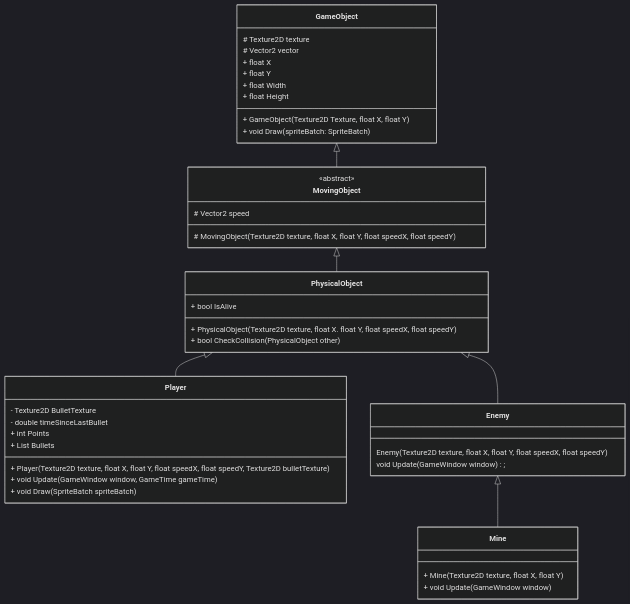
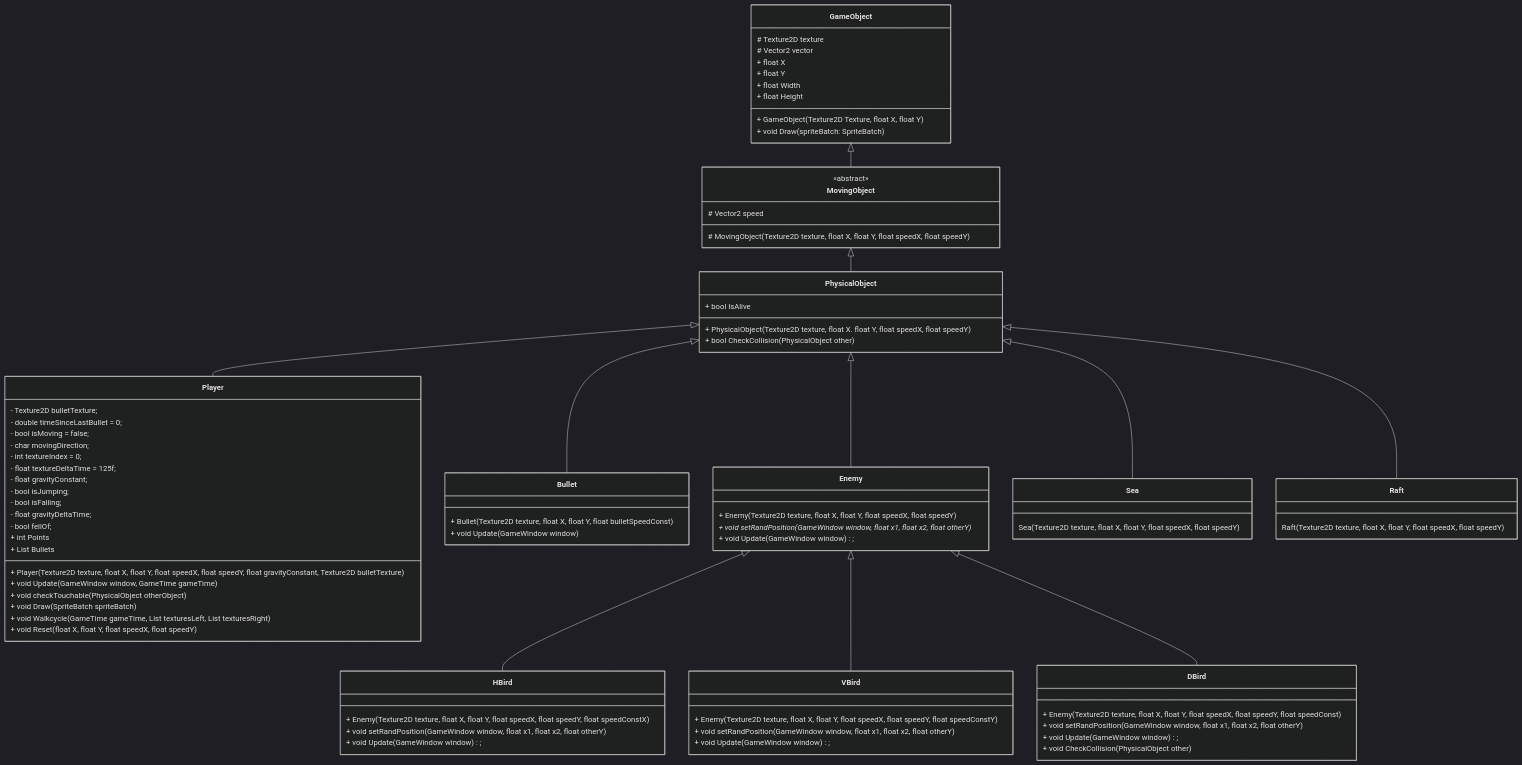
The diagram in slutprojekt/slutprojekt/diagrams/diagram.mmd (alfredreintz/ALGY-programmering02), drawn with Mermaid before and after one commit. The commit also changed 62 other files, not shown here.

```diff
--- a/slutprojekt/slutprojekt/diagrams/diagram.mmd
+++ b/slutprojekt/slutprojekt/diagrams/diagram.mmd
@@ -1,54 +1,99 @@
 %%{
   init: {
     'theme': 'dark'
   }
 }%%
 classDiagram
     class GameObject {
         # Texture2D texture
         # Vector2 vector
         + float X
         + float Y
         + float Width
         + float Height
         + GameObject(Texture2D Texture, float X, float Y)
         + void Draw(spriteBatch: SpriteBatch)
     }
 
     class MovingObject {
         <<abstract>>
         # Vector2 speed
         # MovingObject(Texture2D texture, float X, float Y, float speedX, float speedY)
     }
 
     class PhysicalObject {
         + bool IsAlive
         + PhysicalObject(Texture2D texture, float X. float Y, float speedX, float speedY)
         + bool CheckCollision(PhysicalObject other)
     }
 
     class Player {
-        - Texture2D BulletTexture
-        - double timeSinceLastBullet
+        - Texture2D bulletTexture;
+        - double timeSinceLastBullet = 0;
+        - bool isMoving = false;
+        - char movingDirection;
+        - int textureIndex = 0;
+        - float textureDeltaTime = 125f;
+        - float gravityConstant;
+        - bool isJumping;
+        - bool isFalling;
+        - float gravityDeltaTime;
+        - bool fellOf;
         + int Points
         + List<Bullet> Bullets
-        + Player(Texture2D texture, float X, float Y, float speedX, float speedY, Texture2D bulletTexture)
+        + Player(Texture2D texture, float X, float Y, float speedX, float speedY, float gravityConstant, Texture2D bulletTexture)
         + void Update(GameWindow window, GameTime gameTime)
+        + void checkTouchable(PhysicalObject otherObject)
         + void Draw(SpriteBatch spriteBatch)
+        + void Walkcycle(GameTime gameTime, List<Texture2D> texturesLeft, List<Texture2D> texturesRight)
+        + void Reset(float X, float Y, float speedX, float speedY)
+    }
+
+    class Bullet {
+        + Bullet(Texture2D texture, float X, float Y, float bulletSpeedConst)
+        + void Update(GameWindow window)
     }
 
     class Enemy {
-        Enemy(Texture2D texture, float X, float Y, float speedX, float speedY)
-        void Update(GameWindow window);
+        + Enemy(Texture2D texture, float X, float Y, float speedX, float speedY)
+        + void setRandPosition(GameWindow window, float x1, float x2, float otherY)*
+        + void Update(GameWindow window);
     }
 
-    class Mine {
-        + Mine(Texture2D texture, float X, float Y)
-        + void Update(GameWindow window)
+    class HBird {
+        + Enemy(Texture2D texture, float X, float Y, float speedX, float speedY, float speedConstX)
+        + void setRandPosition(GameWindow window, float x1, float x2, float otherY)
+        + void Update(GameWindow window);
     }
 
+    class VBird {
+        + Enemy(Texture2D texture, float X, float Y, float speedX, float speedY, float speedConstY)
+        + void setRandPosition(GameWindow window, float x1, float x2, float otherY)
+        + void Update(GameWindow window);
+    }
+
+    class DBird {
+        + Enemy(Texture2D texture, float X, float Y, float speedX, float speedY, float speedConst)
+        + void setRandPosition(GameWindow window, float x1, float x2, float otherY)
+        + void Update(GameWindow window);
+        + void CheckCollision(PhysicalObject other)
+    }
+    
+    class Sea {
+        Sea(Texture2D texture, float X, float Y, float speedX, float speedY)
+    }
+
+    class Raft {
+        Raft(Texture2D texture, float X, float Y, float speedX, float speedY)
+    }
+    
     GameObject <|-- MovingObject
     MovingObject <|-- PhysicalObject
+    PhysicalObject <|--  Sea
+    PhysicalObject <|--  Raft
     PhysicalObject <|--  Player
+    PhysicalObject <|--  Bullet
     PhysicalObject <|--  Enemy
-    Enemy <|-- Mine
+    Enemy <|-- HBird
+    Enemy <|-- VBird
+    Enemy <|-- DBird
```
